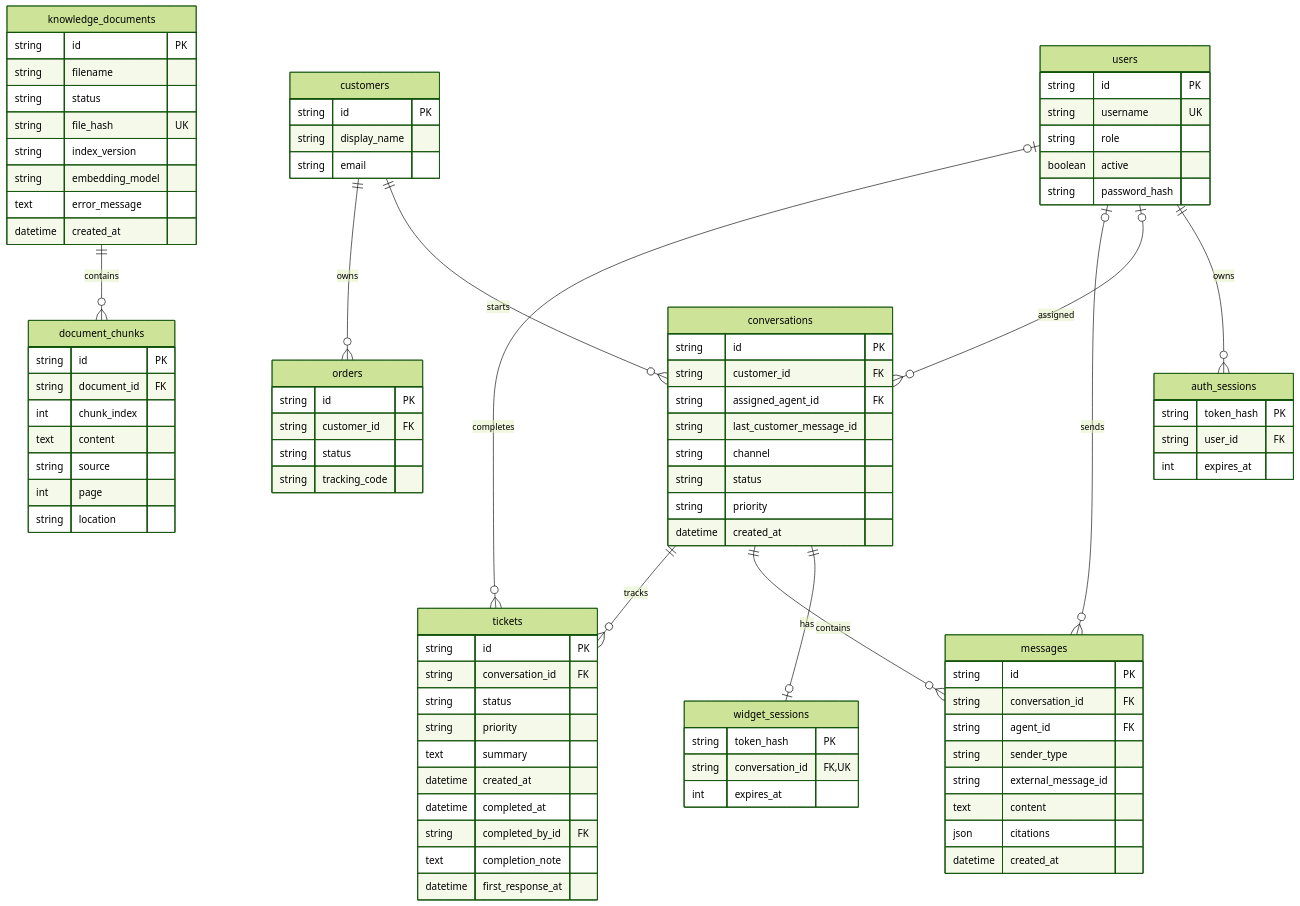
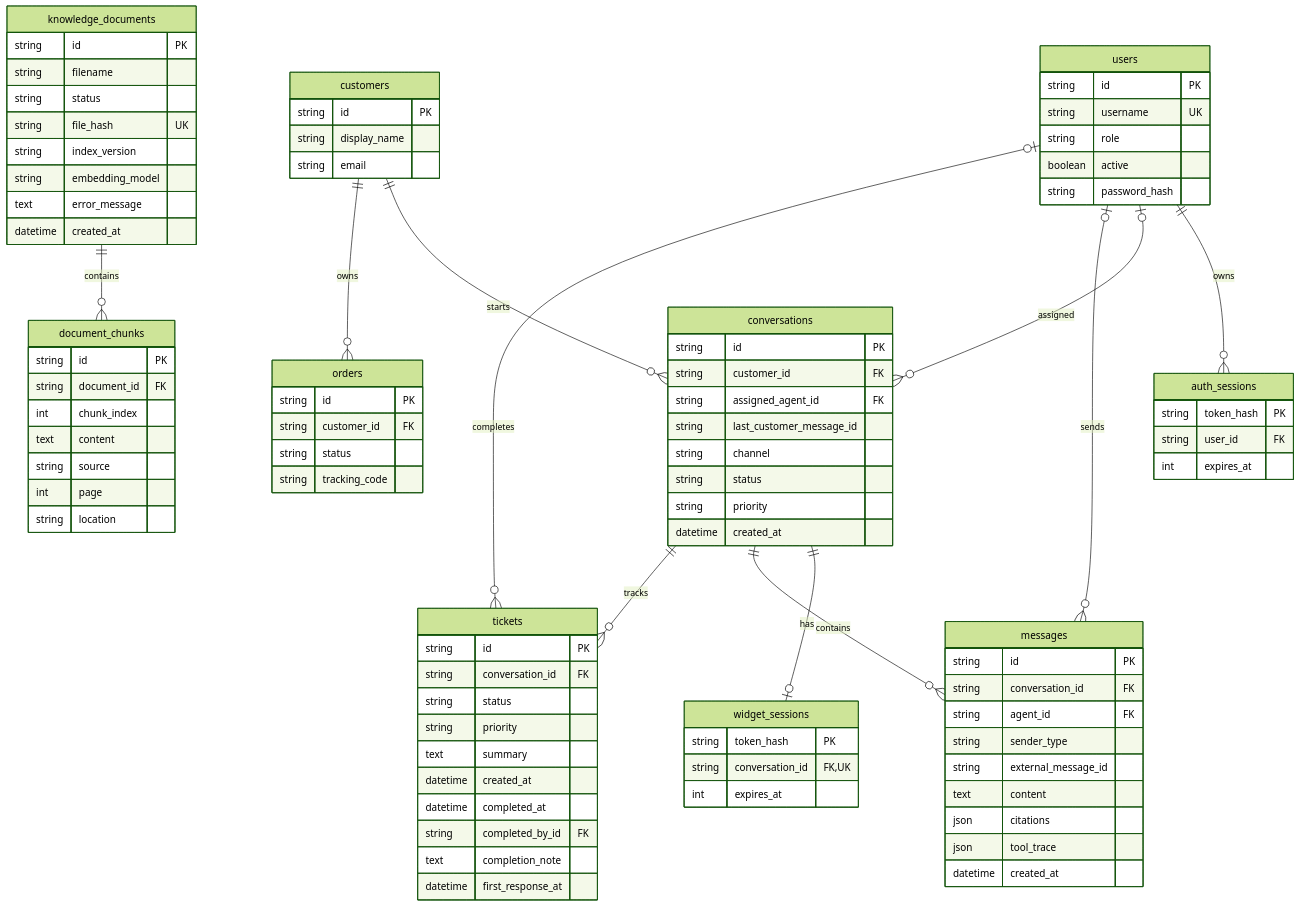
Before and after one commit to nvkdzvcl/DACN_RAG: the fourth of 7 diagrams in docs/DESIGN.md, drawn with Mermaid (forest theme). The commit also changed other lines of this file and 21 other files, not shown here.

```diff
--- a/docs/DESIGN.md
+++ b/docs/DESIGN.md
@@ -169,6 +169,7 @@
         string external_message_id
         text content
         json citations
+        json tool_trace
         datetime created_at
     }
     tickets {
```
